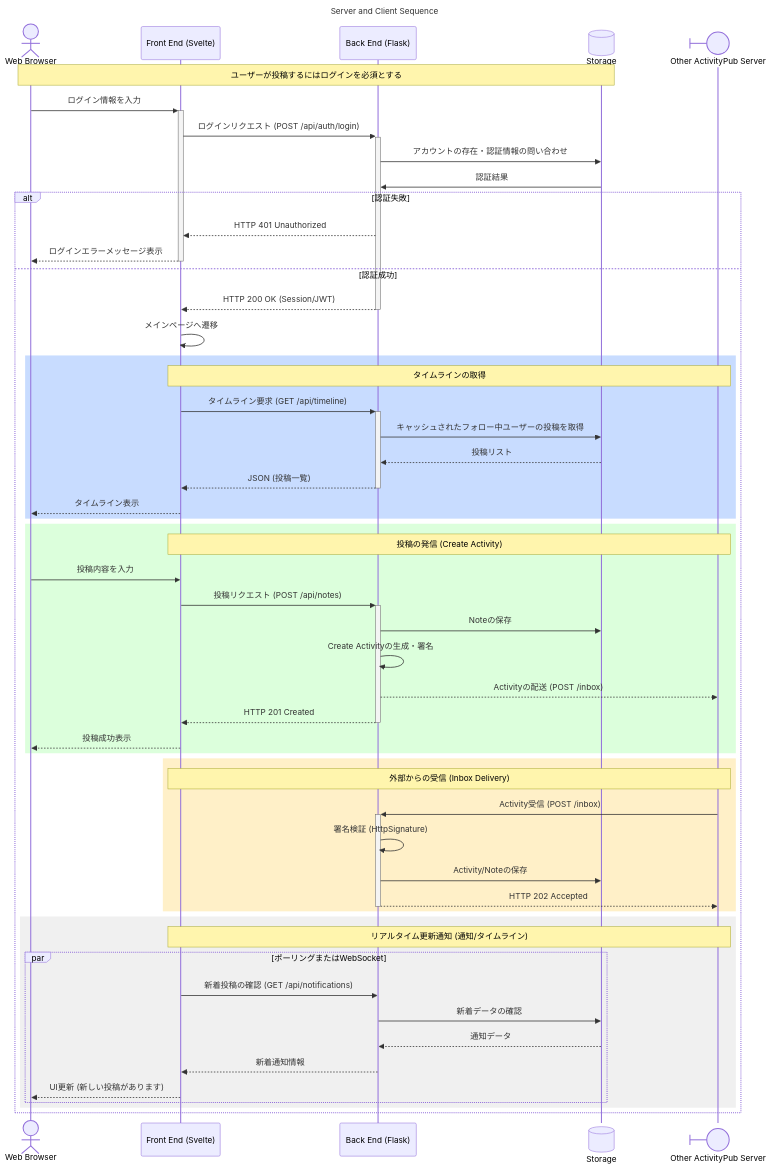
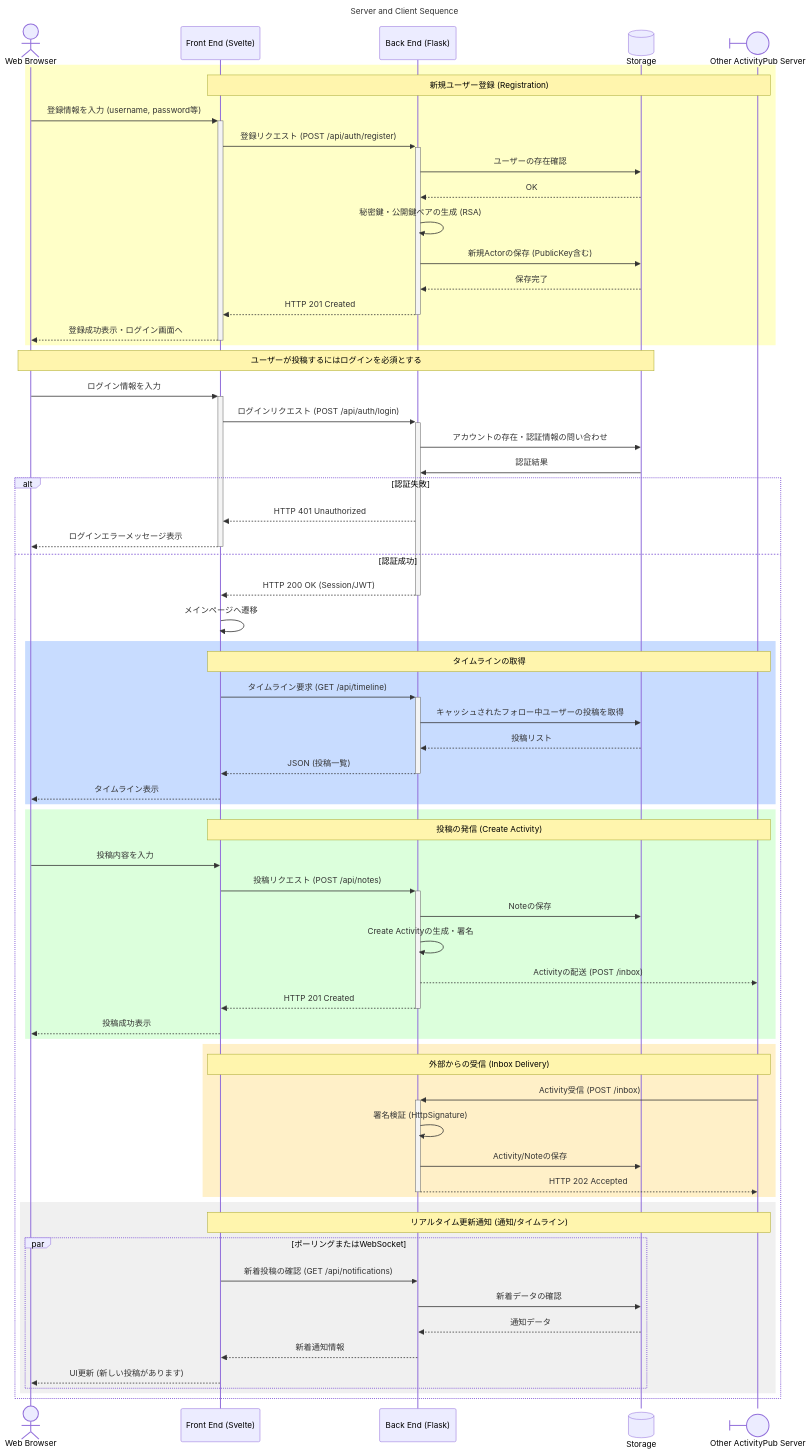
The diagram in docs/fig_srv-crt.mmd (manzyun/zeronity-01-microblog), drawn with Mermaid before and after one commit.

Commit message:
[Add][Vibe] Added 'New User' registration sequence with keypair generation.

```diff
--- a/docs/fig_srv-crt.mmd
+++ b/docs/fig_srv-crt.mmd
@@ -1,62 +1,75 @@
 ---
 title: Server and Client Sequence
 ---
 sequenceDiagram
     actor user as Web Browser
     participant svelte as Front End (Svelte)
     participant flask as Back End (Flask)
     participant db@{ "type" : "database" } as Storage
     participant other@{ "type" : "boundary" } as Other ActivityPub Server
+
+    rect rgb(255, 255, 200)
+        Note over svelte, other: 新規ユーザー登録 (Registration)
+        user->>+svelte: 登録情報を入力 (username, password等)
+        svelte->>+flask: 登録リクエスト (POST /api/auth/register)
+        flask->>db: ユーザーの存在確認
+        db-->>flask: OK
+        flask->>flask: 秘密鍵・公開鍵ペアの生成 (RSA)
+        flask->>db: 新規Actorの保存 (PublicKey含む)
+        db-->>flask: 保存完了
+        flask-->>-svelte: HTTP 201 Created
+        svelte-->>-user: 登録成功表示・ログイン画面へ
+    end
 
     Note over user,db: ユーザーが投稿するにはログインを必須とする
     user->>+svelte: ログイン情報を入力
     svelte->>+flask: ログインリクエスト (POST /api/auth/login)
     flask->>db: アカウントの存在・認証情報の問い合わせ
     db->>flask: 認証結果
     
     alt 認証失敗
         flask-->>svelte: HTTP 401 Unauthorized
         svelte-->>-user: ログインエラーメッセージ表示
     else 認証成功
         flask-->>-svelte: HTTP 200 OK (Session/JWT)
         svelte->>svelte: メインページへ遷移
         
         rect rgb(200, 220, 255)
             Note over svelte, other: タイムラインの取得
             svelte->>+flask: タイムライン要求 (GET /api/timeline)
             flask->>db: キャッシュされたフォロー中ユーザーの投稿を取得
             db-->>flask: 投稿リスト
             flask-->>-svelte: JSON (投稿一覧)
             svelte-->>user: タイムライン表示
         end
 
         rect rgb(220, 255, 220)
             Note over svelte, other: 投稿の発信 (Create Activity)
             user->>svelte: 投稿内容を入力
             svelte->>+flask: 投稿リクエスト (POST /api/notes)
             flask->>db: Noteの保存
             flask->>flask: Create Activityの生成・署名
             flask-->>other: Activityの配送 (POST /inbox)
             flask-->>-svelte: HTTP 201 Created
             svelte-->>user: 投稿成功表示
         end
 
         rect rgb(255, 240, 200)
             Note over svelte, other: 外部からの受信 (Inbox Delivery)
             other->>+flask: Activity受信 (POST /inbox)
             flask->>flask: 署名検証 (HttpSignature)
             flask->>db: Activity/Noteの保存
             flask-->>-other: HTTP 202 Accepted
         end
 
         rect rgb(240, 240, 240)
             Note over svelte, other: リアルタイム更新通知 (通知/タイムライン)
             par ポーリングまたはWebSocket
                 svelte->>flask: 新着投稿の確認 (GET /api/notifications)
                 flask->>db: 新着データの確認
                 db-->>flask: 通知データ
                 flask-->>svelte: 新着通知情報
                 svelte-->>user: UI更新 (新しい投稿があります)
             end
         end
     end
```
